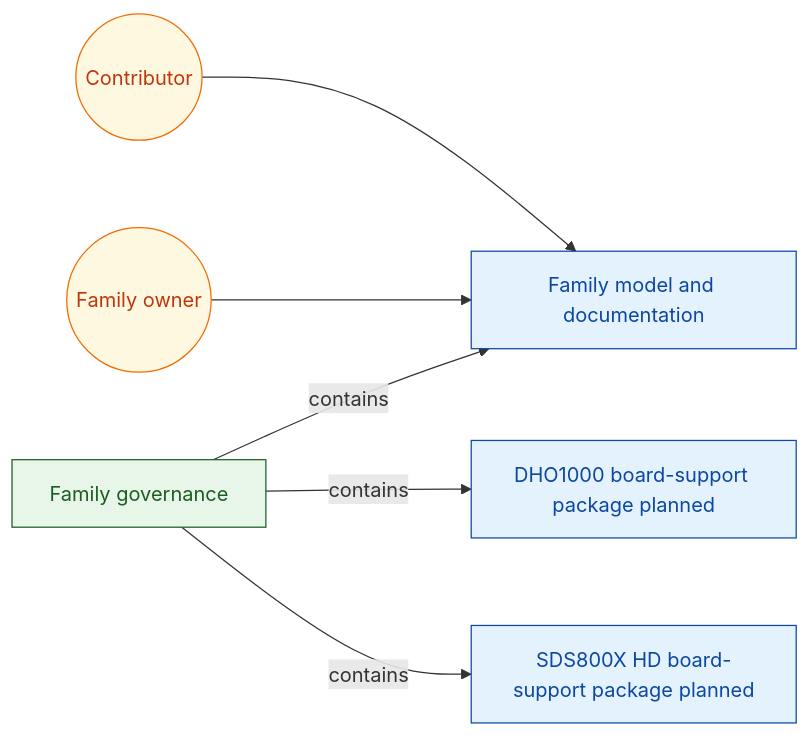
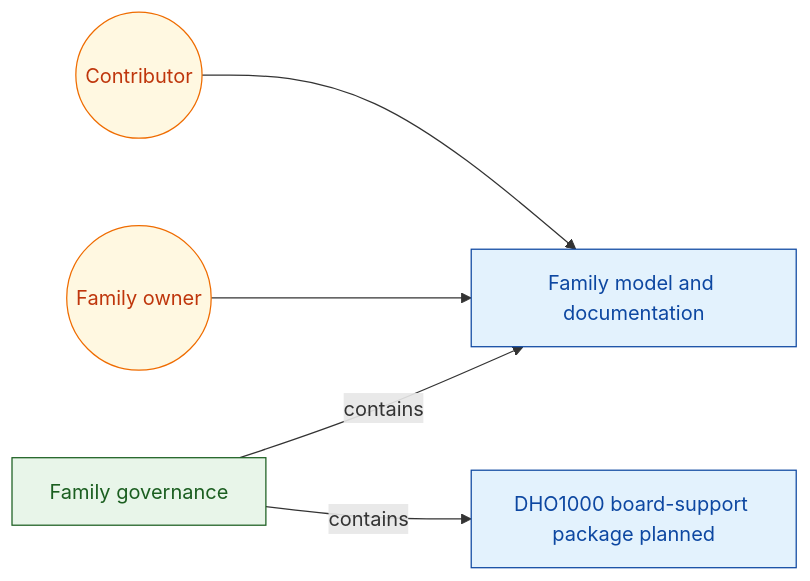
The diagram in docs/generated/views/VIEW-FAMILY.mmd (labeth/open-dso), drawn with Mermaid before and after one commit. The commit also changed 4 other files, not shown here.

```diff
--- a/docs/generated/views/VIEW-FAMILY.mmd
+++ b/docs/generated/views/VIEW-FAMILY.mmd
@@ -1,35 +1,33 @@
 %%{init: {"flowchart": {"nodeSpacing": 70, "rankSpacing": 100}}}%%
 flowchart LR
 %% view: VIEW-FAMILY (architecture-intent)
 N_ACT_FAM_CONTRIBUTOR(("Contributor")):::actor
 N_ACT_FAM_OWNER(("Family owner")):::actor
 N_FG_FAM["Family governance"]:::functional_group
 N_FU_FAM_DHO1000["DHO1000 board-support package planned"]:::functional_unit
 N_FU_FAM_GOVERNANCE["Family model and documentation"]:::functional_unit
-N_FU_FAM_SDS800XHD["SDS800X HD board-support package planned"]:::functional_unit
 N_ACT_FAM_CONTRIBUTOR --> N_FU_FAM_GOVERNANCE
 N_ACT_FAM_OWNER --> N_FU_FAM_GOVERNANCE
 N_FG_FAM -->|contains| N_FU_FAM_DHO1000
 N_FG_FAM -->|contains| N_FU_FAM_GOVERNANCE
-N_FG_FAM -->|contains| N_FU_FAM_SDS800XHD
 classDef system_boundary fill:#f5f5f5,stroke:#424242,stroke-width:2px,color:#212121;
 classDef functional_group fill:#e8f5e9,stroke:#1b5e20,stroke-width:1px,color:#1b5e20;
 classDef functional_unit fill:#e3f2fd,stroke:#0d47a1,stroke-width:1px,color:#0d47a1;
 classDef actor fill:#fff8e1,stroke:#ef6c00,stroke-width:1px,color:#bf360c;
 classDef attack_vector fill:#ffebee,stroke:#b71c1c,stroke-width:1px,color:#7f0000;
 classDef referenced_element fill:#f3e5f5,stroke:#6a1b9a,stroke-width:1px,color:#4a148c;
 classDef interface fill:#e8f5e9,stroke:#2e7d32,stroke-width:2px,stroke-dasharray: 6 3,color:#1b5e20;
 classDef data_object fill:#fff3e0,stroke:#ef6c00,stroke-width:2px,stroke-dasharray: 2 2,color:#e65100;
 classDef deployment_target fill:#ede7f6,stroke:#5e35b1,stroke-width:1px,color:#4527a0;
 classDef control fill:#fce4ec,stroke:#ad1457,stroke-width:1px,color:#880e4f;
 classDef trust_boundary fill:#e0f7fa,stroke:#006064,stroke-width:2px,stroke-dasharray: 10 4,color:#004d40;
 classDef state fill:#e1f5fe,stroke:#0277bd,stroke-width:1px,color:#01579b;
 classDef event fill:#fffde7,stroke:#f9a825,stroke-width:1px,color:#f57f17;
 classDef flow fill:#ede7f6,stroke:#4527a0,stroke-width:2px,color:#311b92;
 classDef flow_step fill:#f1f8e9,stroke:#33691e,stroke-width:2px,color:#1b5e20;
 classDef requirement fill:#fffde7,stroke:#f9a825,stroke-width:1px,color:#7f6000;
 classDef verification fill:#fce4ec,stroke:#ad1457,stroke-width:1px,color:#880e4f;
 classDef runtime_element fill:#b2ebf2,stroke:#00838f,stroke-width:1px,color:#006064;
 classDef deployment_element fill:#d7ccc8,stroke:#4e342e,stroke-width:1px,color:#2f1b14;
 classDef code_element fill:#eeeeee,stroke:#616161,stroke-width:1px,color:#212121;
 classDef unknown fill:#ffffff,stroke:#adb5bd,stroke-width:1px,color:#4f5b62;
```
